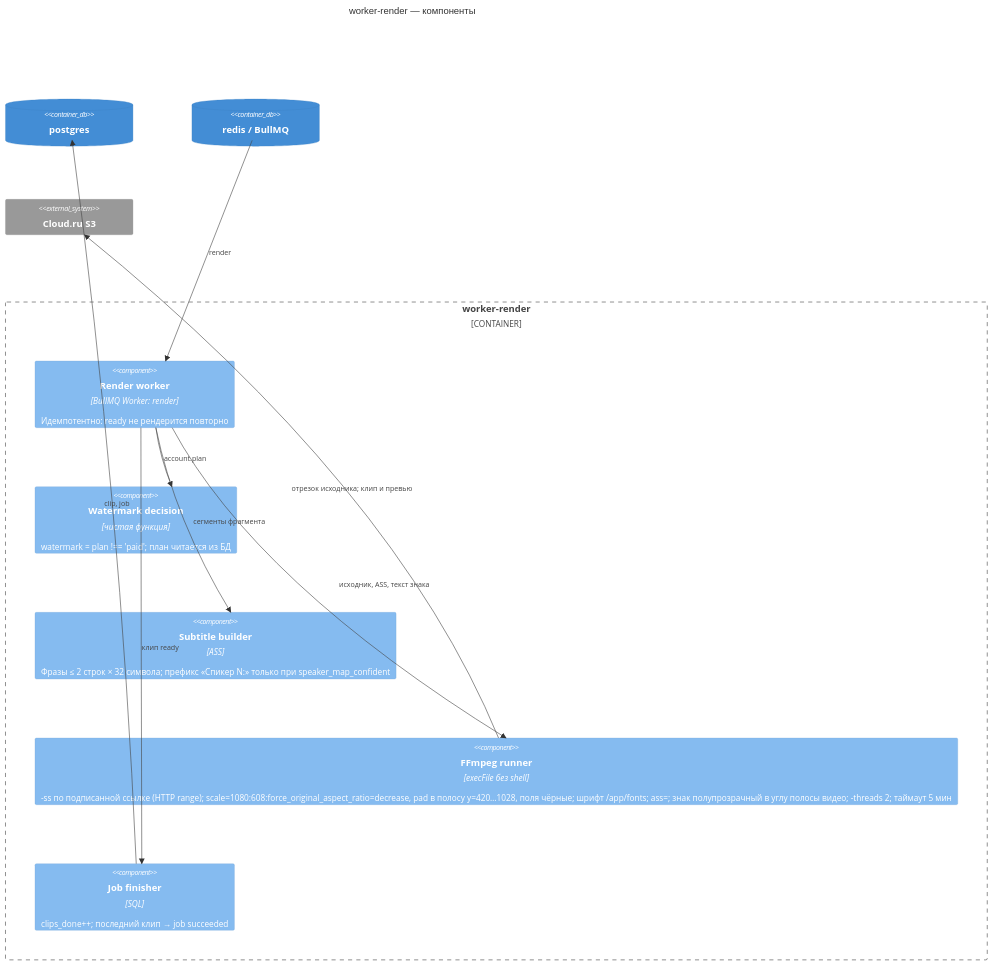
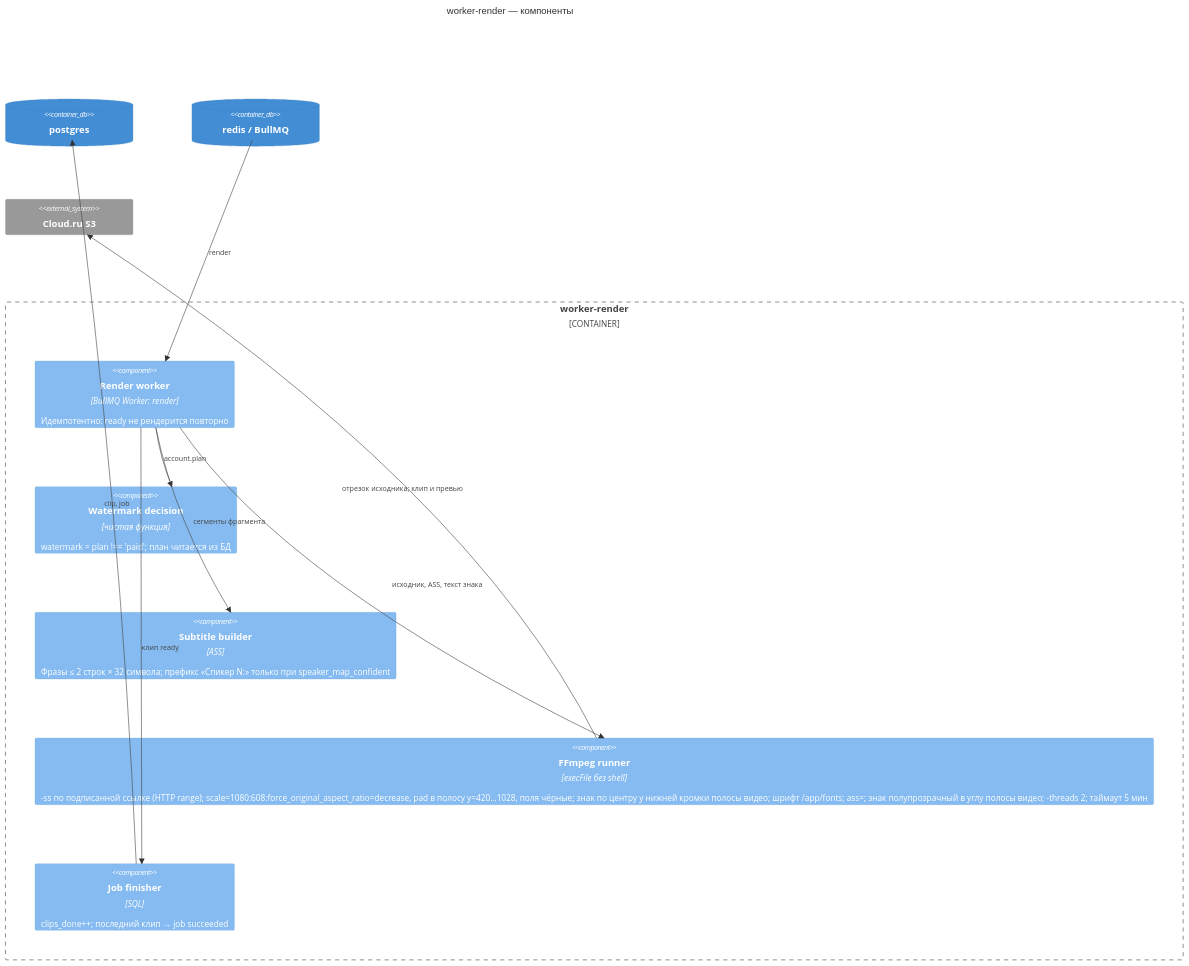
The fourth of 4 diagrams in projects/05a-podcast-clips-opus/docs/C4_Diagrams.md (djd1m/2026-AUG-PU-Projects), drawn with Mermaid before and after one commit. The commit also changed other lines of this file and 14 other files, not shown here.

Commit message:
docs(05a): OWN-05A-015/016 в Specification/PRD/ADR/Pseudocode (знак по центру над субтитрами, квота новичка FR-clips-16/AC-clips-30); канон §10 синхронизирован, В-27

````diff
--- a/projects/05a-podcast-clips-opus/docs/C4_Diagrams.md
+++ b/projects/05a-podcast-clips-opus/docs/C4_Diagrams.md
@@ -120,21 +120,21 @@
 ```mermaid
 C4Component
   title worker-render — компоненты
   ContainerDb(postgres, "postgres")
   ContainerDb(redis, "redis / BullMQ")
   System_Ext(s3, "Cloud.ru S3")
   Container_Boundary(rw, "worker-render") {
     Component(renderw, "Render worker", "BullMQ Worker: render", "Идемпотентно: ready не рендерится повторно")
     Component(plan, "Watermark decision", "чистая функция", "watermark = plan !== 'paid'; план читается из БД")
     Component(ass, "Subtitle builder", "ASS", "Фразы ≤ 2 строк × 32 символа; префикс «Спикер N:» только при speaker_map_confident")
-    Component(ffmpeg, "FFmpeg runner", "execFile без shell", "-ss по подписанной ссылке (HTTP range); scale=1080:608:force_original_aspect_ratio=decrease, pad в полосу y=420…1028, поля чёрные; шрифт /app/fonts; ass=; знак полупрозрачный в углу полосы видео; -threads 2; таймаут 5 мин")
+    Component(ffmpeg, "FFmpeg runner", "execFile без shell", "-ss по подписанной ссылке (HTTP range); scale=1080:608:force_original_aspect_ratio=decrease, pad в полосу y=420…1028, поля чёрные; знак по центру у нижней кромки полосы видео; шрифт /app/fonts; ass=; знак полупрозрачный в углу полосы видео; -threads 2; таймаут 5 мин")
     Component(finisher, "Job finisher", "SQL", "clips_done++; последний клип → job succeeded")
   }
   Rel(redis, renderw, "render")
   Rel(renderw, plan, "account.plan")
   Rel(renderw, ass, "сегменты фрагмента")
   Rel(renderw, ffmpeg, "исходник, ASS, текст знака")
   Rel(ffmpeg, s3, "отрезок исходника; клип и превью")
   Rel(renderw, finisher, "клип ready")
   Rel(finisher, postgres, "clip, job")
 ```
````
